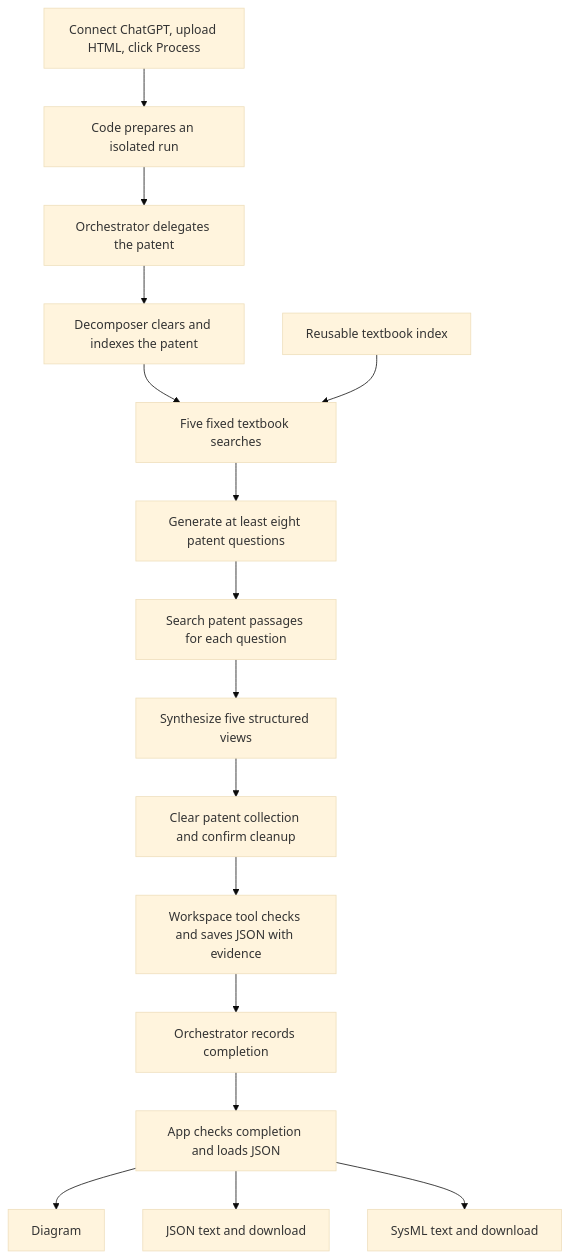
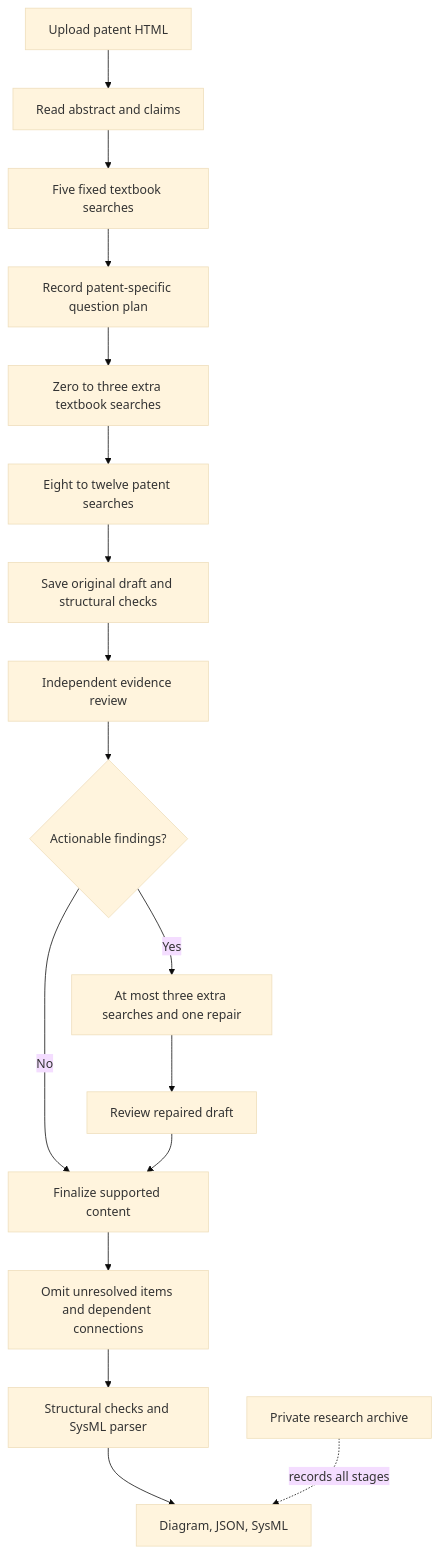
Before and after one commit to cmuchancel/24679-project-1: the diagram in patent2sysml/ARCHITECTURE.md, drawn with Mermaid (base theme). The commit also changed other lines of this file and 23 other files, not shown here.

Commit message:
Add contextual questions, model review, and persistent research records

````diff
--- a/patent2sysml/ARCHITECTURE.md
+++ b/patent2sysml/ARCHITECTURE.md
@@ -14,18 +11,19 @@
 ```mermaid
 flowchart TD
-    A[Connect ChatGPT, upload HTML, click Process] --> B[Code prepares an isolated run]
-    B --> C[Orchestrator delegates the patent]
-    C --> D[Decomposer clears and indexes the patent]
-    D --> E[Five fixed textbook searches]
-    E --> F[Generate at least eight patent questions]
-    F --> G[Search patent passages for each question]
-    G --> H[Synthesize five structured views]
-    H --> I[Clear patent collection and confirm cleanup]
-    I --> J[Workspace tool checks and saves JSON with evidence]
-    J --> K[Orchestrator records completion]
-    K --> L[App checks completion and loads JSON]
-    L --> M[Diagram]
-    L --> N[JSON text and download]
-    L --> O[SysML text and download]
-    T[Reusable textbook index] --> E
+    A[Upload patent HTML] --> B[Read abstract and claims]
+    B --> C[Five fixed textbook searches]
+    C --> D[Record patent-specific question plan]
+    D --> E[Zero to three extra textbook searches]
+    E --> F[Eight to twelve patent searches]
+    F --> G[Save original draft and structural checks]
+    G --> H[Independent evidence review]
+    H --> I{Actionable findings?}
+    I -- Yes --> J[At most three extra searches and one repair]
+    J --> K[Review repaired draft]
+    I -- No --> L[Finalize supported content]
+    K --> L
+    L --> M[Omit unresolved items and dependent connections]
+    M --> N[Structural checks and SysML parser]
+    N --> O[Diagram, JSON, SysML]
+    R[Private research archive] -. records all stages .-> O
 ```
````
